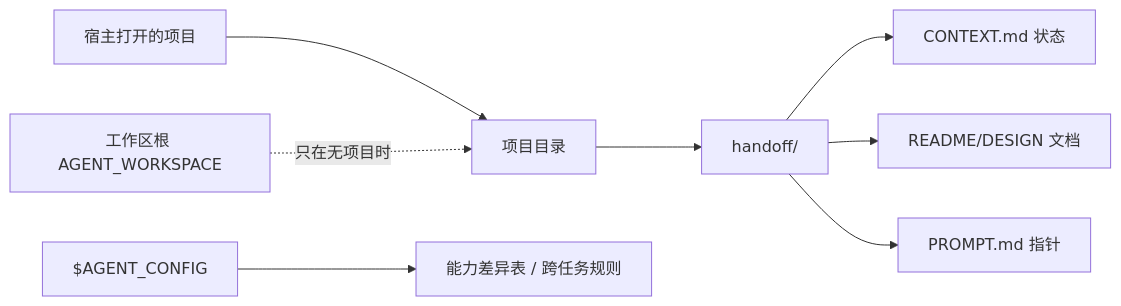
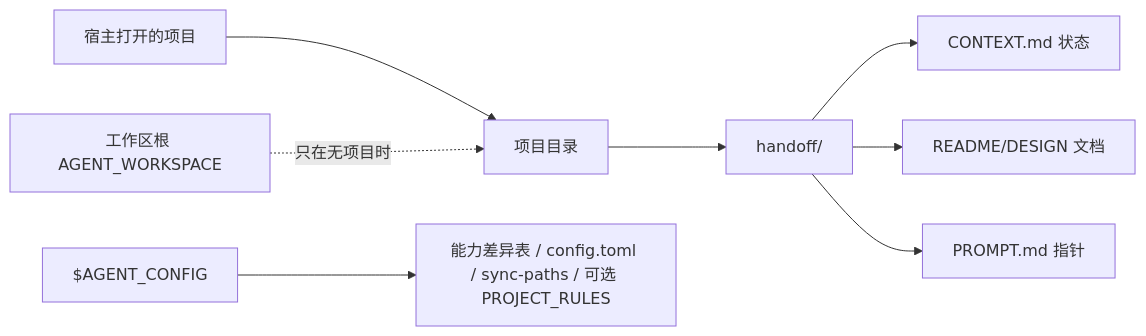
The diagram in handoff/DESIGN.md (Lizardon386/multi-agent-task-handoff), drawn with Mermaid before and after one commit. The commit also changed other lines of this file and 9 other files, not shown here.

First line of the commit message:
refactor: 机器级状态收口到 $AGENT_CONFIG

````diff
--- a/handoff/DESIGN.md
+++ b/handoff/DESIGN.md
@@ -39,10 +39,10 @@
 ```mermaid
 flowchart LR
   H[宿主打开的项目] --> P[项目目录]
   P --> D[handoff/]
   D --> C[CONTEXT.md 状态]
   D --> R[README/DESIGN 文档]
   D --> M[PROMPT.md 指针]
   W[工作区根 AGENT_WORKSPACE] -. 只在无项目时.-> P
-  G[$AGENT_CONFIG] --> K[能力差异表 / 跨任务规则]
+  G[$AGENT_CONFIG] --> K[能力差异表 / config.toml / sync-paths / 可选 PROJECT_RULES]
 ```
````
